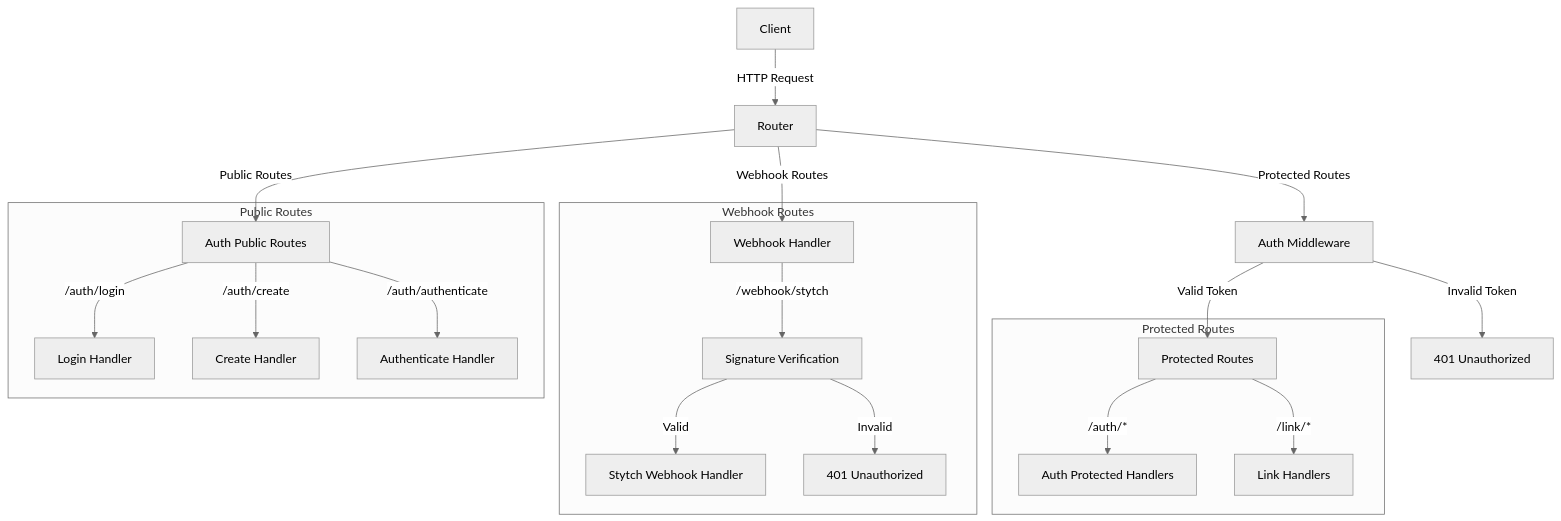
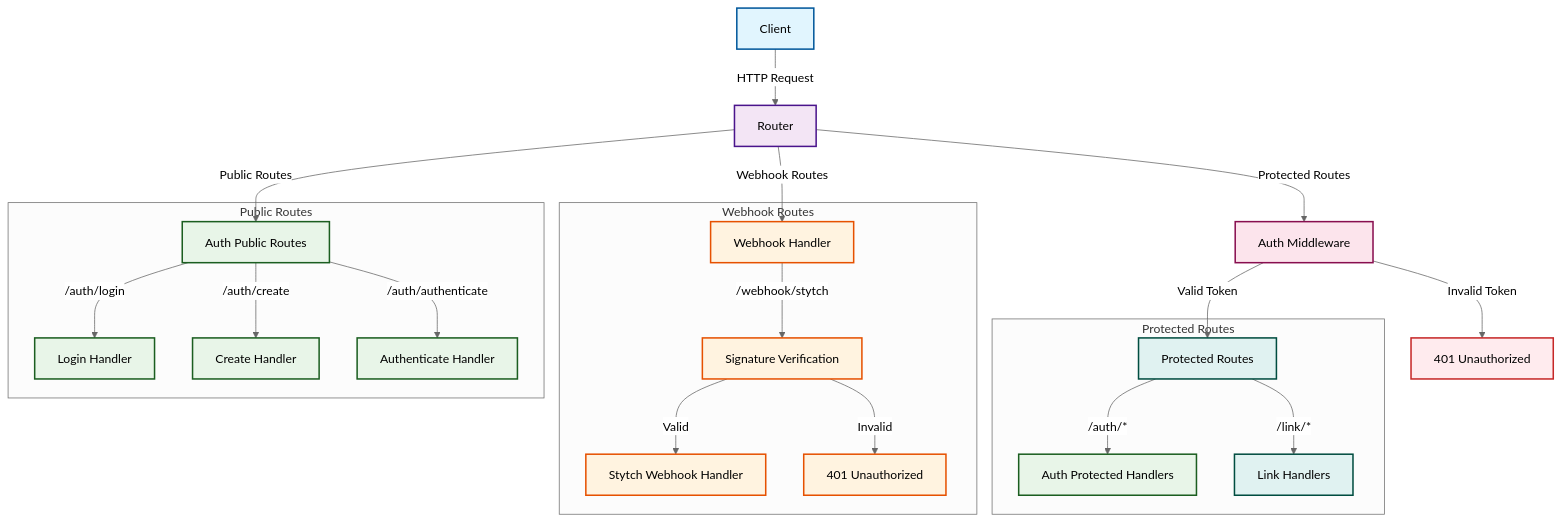
One commit to imkkapoor/driftGo changed the first of 2 diagrams in README.md. Above: the diagram before and after it, drawn with Mermaid (neutral theme). The commit also changed other lines of this file and 20 other files, not shown here.

````diff
--- a/README.md
+++ b/README.md
@@ -40,26 +44,43 @@
 ```mermaid
 graph TD
     Client[Client] -->|HTTP Request| Router[Router]
     Router -->|Public Routes| AuthPublic[Auth Public Routes]
     Router -->|Webhook Routes| Webhook[Webhook Handler]
     Router -->|Protected Routes| Middleware[Auth Middleware]
     Middleware -->|Valid Token| ProtectedRoutes[Protected Routes]
     Middleware -->|Invalid Token| Error[401 Unauthorized]
     
     subgraph "Public Routes"
         AuthPublic -->|/auth/login| Login[Login Handler]
         AuthPublic -->|/auth/create| Create[Create Handler]
         AuthPublic -->|/auth/authenticate| Authenticate[Authenticate Handler]
     end
     
     subgraph "Webhook Routes"
         Webhook -->|/webhook/stytch| SignatureCheck[Signature Verification]
         SignatureCheck -->|Valid| StytchWebhook[Stytch Webhook Handler]
         SignatureCheck -->|Invalid| WebhookError[401 Unauthorized]
     end
     
     subgraph "Protected Routes"
         ProtectedRoutes -->|/auth/*| AuthProtected[Auth Protected Handlers]
         ProtectedRoutes -->|/link/*| Link[Link Handlers]
     end
+
+    %% Color styling
+    classDef clientStyle fill:#e1f5fe,stroke:#01579b,stroke-width:2px
+    classDef routerStyle fill:#f3e5f5,stroke:#4a148c,stroke-width:2px
+    classDef authStyle fill:#e8f5e8,stroke:#1b5e20,stroke-width:2px
+    classDef webhookStyle fill:#fff3e0,stroke:#e65100,stroke-width:2px
+    classDef middlewareStyle fill:#fce4ec,stroke:#880e4f,stroke-width:2px
+    classDef protectedStyle fill:#e0f2f1,stroke:#004d40,stroke-width:2px
+    classDef errorStyle fill:#ffebee,stroke:#c62828,stroke-width:2px
+
+    class Client clientStyle
+    class Router routerStyle
+    class AuthPublic,Login,Create,Authenticate,AuthProtected authStyle
+    class Webhook,SignatureCheck,StytchWebhook,WebhookError webhookStyle
+    class Middleware middlewareStyle
+    class ProtectedRoutes,Link protectedStyle
+    class Error errorStyle
 ```
````
